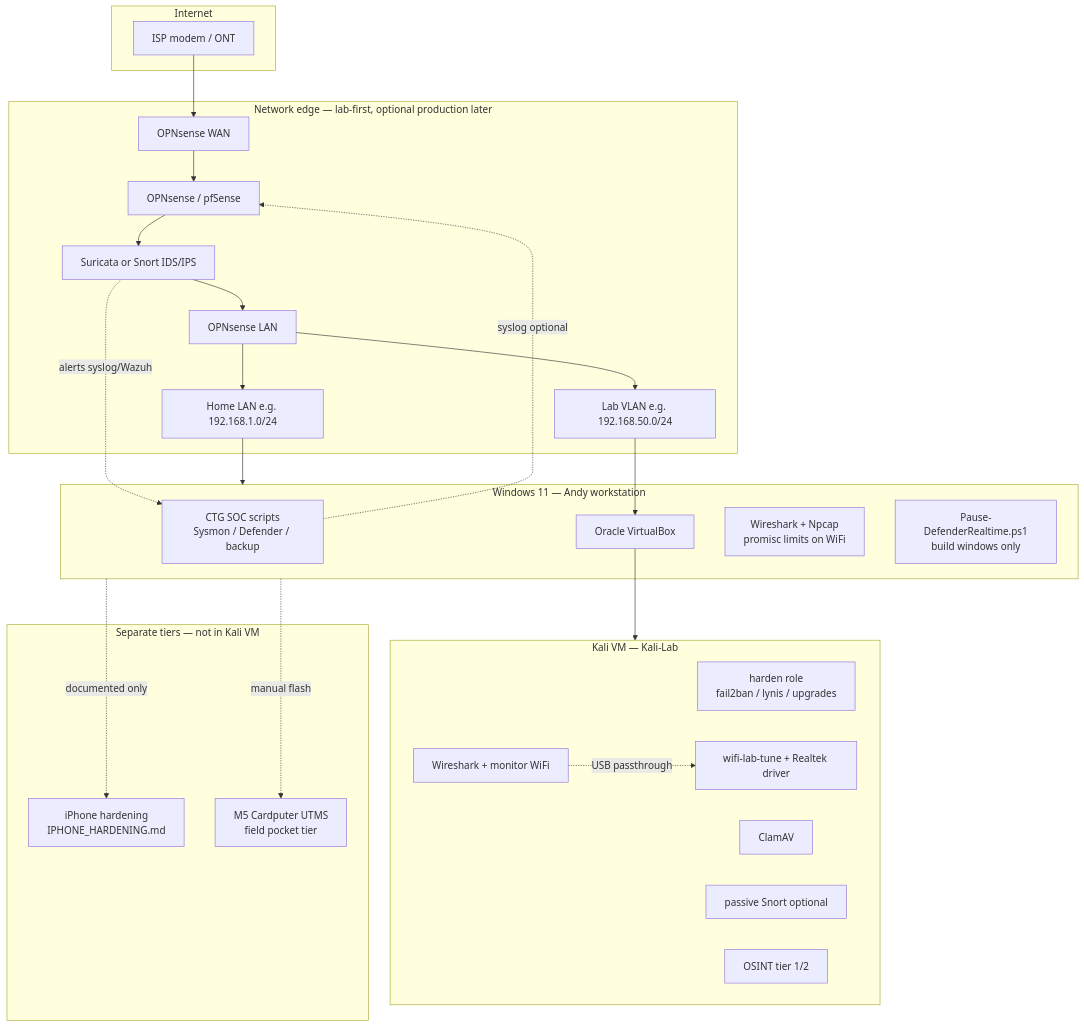
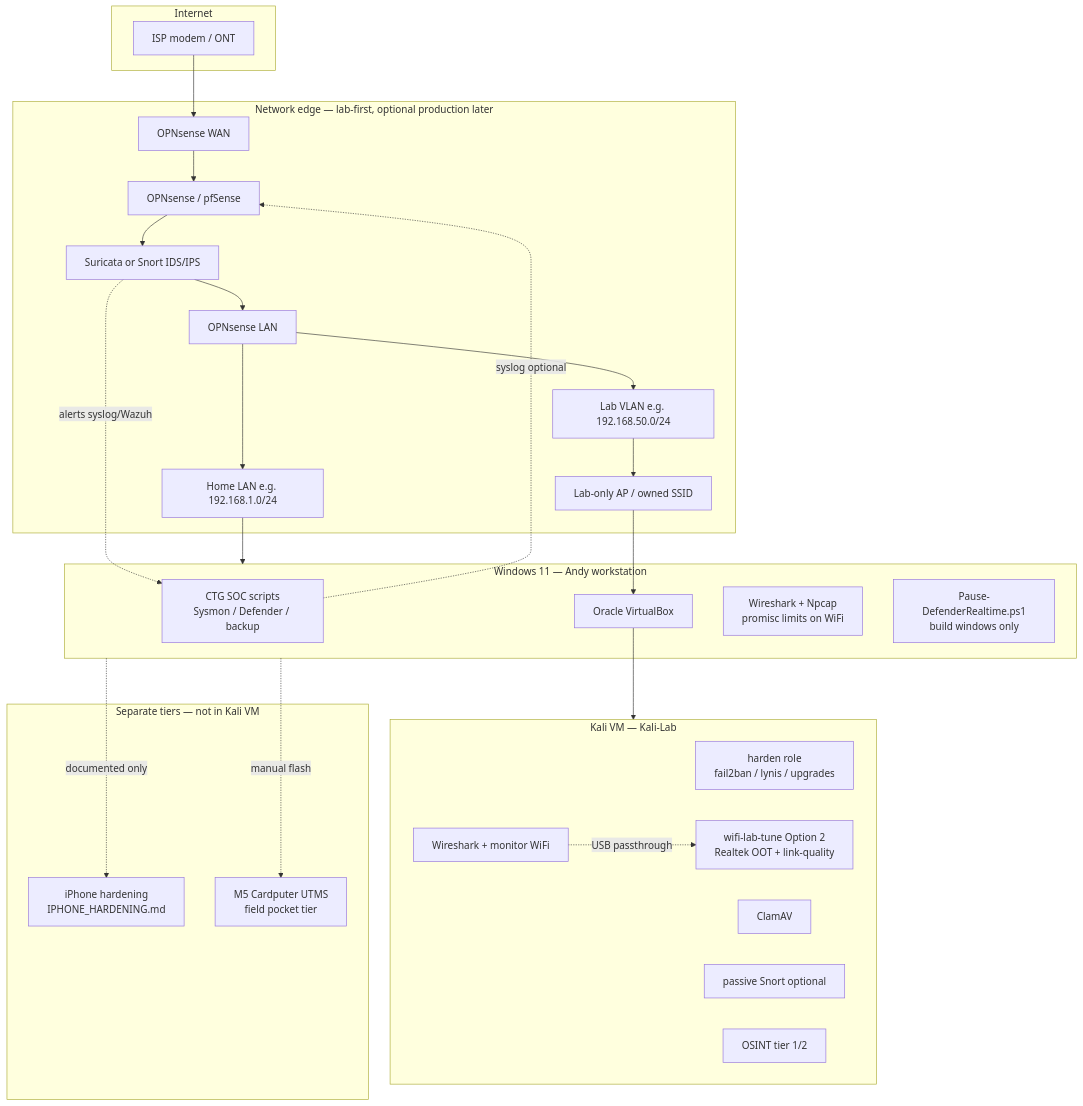
The diagram in docs/KALI_LAB_ARCHITECTURE.md (salvador-Data/cyberThreatGotchi), drawn with Mermaid before and after one commit. The commit also changed other lines of this file and 1 other file, not shown here.

Commit message:
docs: Kali lab architecture with company WiFi Option 2

````diff
--- a/docs/KALI_LAB_ARCHITECTURE.md
+++ b/docs/KALI_LAB_ARCHITECTURE.md
@@ -45,51 +47,53 @@
 ```mermaid
 flowchart TB
   subgraph internet["Internet"]
     ISP[ISP modem / ONT]
   end
 
   subgraph edge["Network edge — lab-first, optional production later"]
     WAN[OPNsense WAN]
     FW[OPNsense / pfSense]
     IDS[Suricata or Snort IDS/IPS]
     LAN[OPNsense LAN]
     VLAN_LAB[Lab VLAN e.g. 192.168.50.0/24]
+    LAB_AP[Lab-only AP / owned SSID]
     VLAN_HOME[Home LAN e.g. 192.168.1.0/24]
   end
 
   subgraph winhost["Windows 11 — Andy workstation"]
     CTG[CTG SOC scripts\nSysmon / Defender / backup]
     VBOX[Oracle VirtualBox]
     WS_WIN[Wireshark + Npcap\npromisc limits on WiFi]
     DEF_PAUSE[Pause-DefenderRealtime.ps1\nbuild windows only]
   end
 
   subgraph kali["Kali VM — Kali-Lab"]
     K_HARD[harden role\nfail2ban / lynis / upgrades]
     K_CLAM[ClamAV]
     K_SNORT[passive Snort optional]
     K_OSINT[OSINT tier 1/2]
-    K_WIFI[wifi-lab-tune + Realtek driver]
+    K_WIFI[wifi-lab-tune Option 2\nRealtek OOT + link-quality]
     K_WSH[Wireshark + monitor WiFi]
   end
 
   subgraph other["Separate tiers — not in Kali VM"]
     PHONE[iPhone hardening\nIPHONE_HARDENING.md]
     CARD[M5 Cardputer UTMS\nfield pocket tier]
   end
 
   ISP --> WAN
   WAN --> FW
   FW --> IDS
   IDS --> LAN
   LAN --> VLAN_HOME
   LAN --> VLAN_LAB
-  VLAN_LAB --> VBOX
+  VLAN_LAB --> LAB_AP
+  LAB_AP --> VBOX
   VBOX --> kali
   VLAN_HOME --> winhost
   CTG -.->|syslog optional| FW
   IDS -.->|alerts syslog/Wazuh| CTG
   K_WSH -.->|USB passthrough| K_WIFI
   winhost -.->|documented only| PHONE
   winhost -.->|manual flash| CARD
 ```
````
